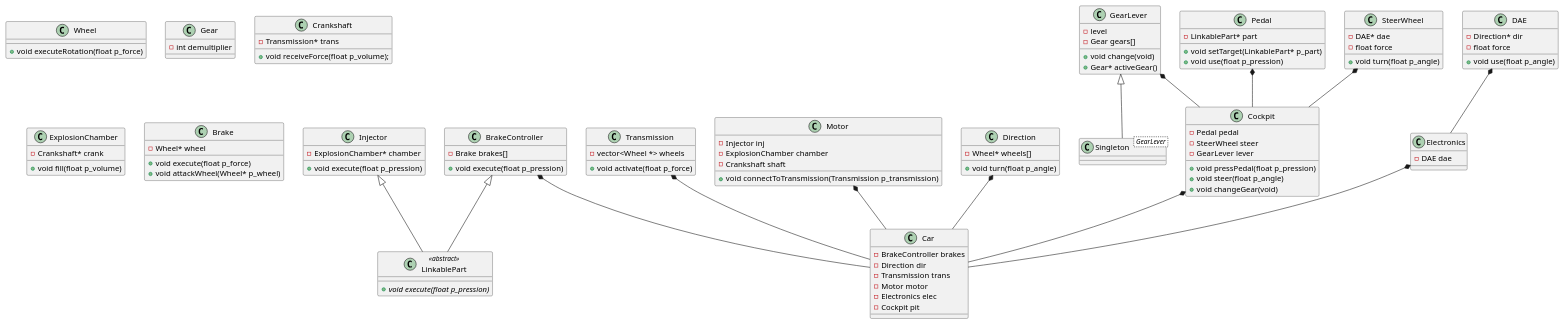
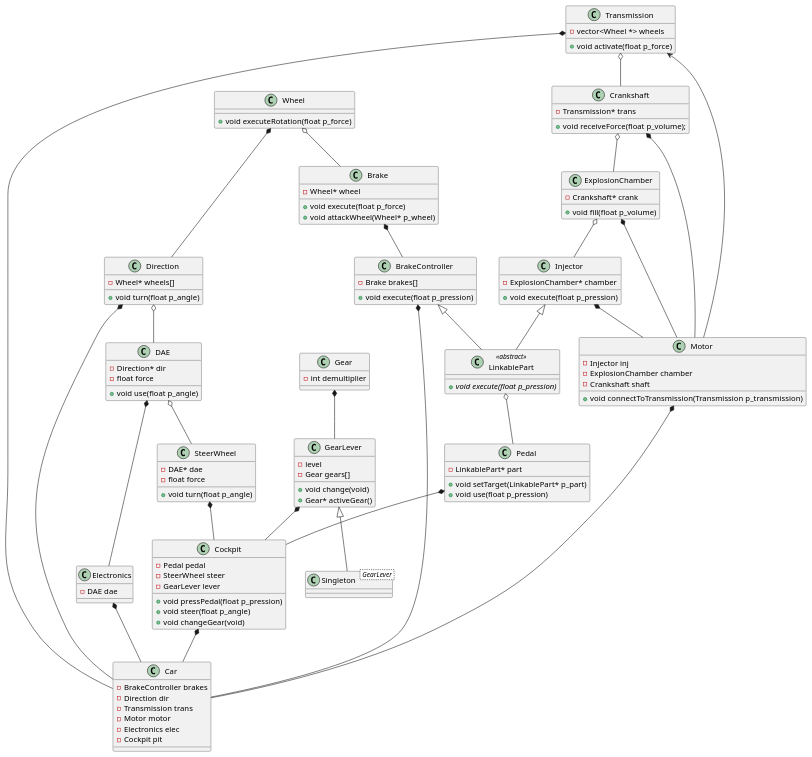
Before and after one commit to elleagn/piscine-object: the diagram in 02/subject.puml, drawn with PlantUML.

Commit message:
Finish plantuml diagram

```diff
--- a/02/subject.puml
+++ b/02/subject.puml
@@ -1,125 +1,151 @@
 @startuml Car
+
 class LinkablePart <<abstract>> {
     {abstract} +void execute(float p_pression)
 }
 
 class Wheel {
     +void executeRotation(float p_force)
 }
 
 class Gear {
     -int demultiplier
 }
 
 class GearLever {
     -level
     - Gear gears[]
     +void change(void)
     +Gear* activeGear()
 }
 
 class Singleton< GearLever > {
 
 }
 
 class Transmission {
     -vector<Wheel *> wheels
     +void activate(float p_force)
 }
 
 class Crankshaft {
     -Transmission* trans
     +void receiveForce(float p_volume);
 }
 
 class ExplosionChamber {
     -Crankshaft* crank
     +void fill(float p_volume)
 }
 
 class Injector {
     -ExplosionChamber* chamber
     +void execute(float p_pression)
 }
 
 class Motor {
     -Injector inj
     -ExplosionChamber chamber
     -Crankshaft shaft
     +void connectToTransmission(Transmission p_transmission)
 }
 
 class Pedal {
     -LinkablePart* part
     +void setTarget(LinkablePart* p_part)
     +void use(float p_pression)
 }
 
 class Direction {
     -Wheel* wheels[]
     +void turn(float p_angle)
 }
 
 class DAE {
     -Direction* dir
     -float force
     +void use(float p_angle)
 }
 
 class SteerWheel {
     -DAE* dae
     -float force
     +void turn(float p_angle)
 }
 
 class Brake {
     -Wheel* wheel
     +void execute(float p_force)
     +void attackWheel(Wheel* p_wheel)
 }
 
 class BrakeController {
     -Brake brakes[]
     +void execute(float p_pression)
 }
 
 class Cockpit {
     -Pedal pedal
     -SteerWheel steer
     -GearLever lever
     +void pressPedal(float p_pression)
     +void steer(float p_angle)
     +void changeGear(void)
 }
 
 class Electronics {
     -DAE dae
 }
 
 class Car {
     -BrakeController brakes
     -Direction dir
     -Transmission trans
     -Motor motor
     -Electronics elec
     -Cockpit pit
 }
 
 BrakeController <|-- LinkablePart
 Injector <|-- LinkablePart
 GearLever <|-- Singleton
 
 BrakeController *-- Car
 Direction *-- Car
 Transmission *-- Car
 Motor *-- Car
 Electronics *-- Car
 Cockpit *-- Car
 
 DAE *-- Electronics
 
 Pedal *-- Cockpit
 SteerWheel *-- Cockpit
 GearLever *-- Cockpit
 
+Brake *-- BrakeController
+
+Wheel o-- Brake
+
+DAE o-- SteerWheel
+
+Direction o-- DAE
+
+Wheel *-- Direction
+
+LinkablePart o-- Pedal
+
+Injector *-- Motor
+ExplosionChamber *-- Motor
+Crankshaft *-- Motor
+Motor --> Transmission
+
+ExplosionChamber o-- Injector
+
+Crankshaft o-- ExplosionChamber
+
+Transmission o-- Crankshaft
+
+Gear *-- GearLever
+
 @enduml
```
